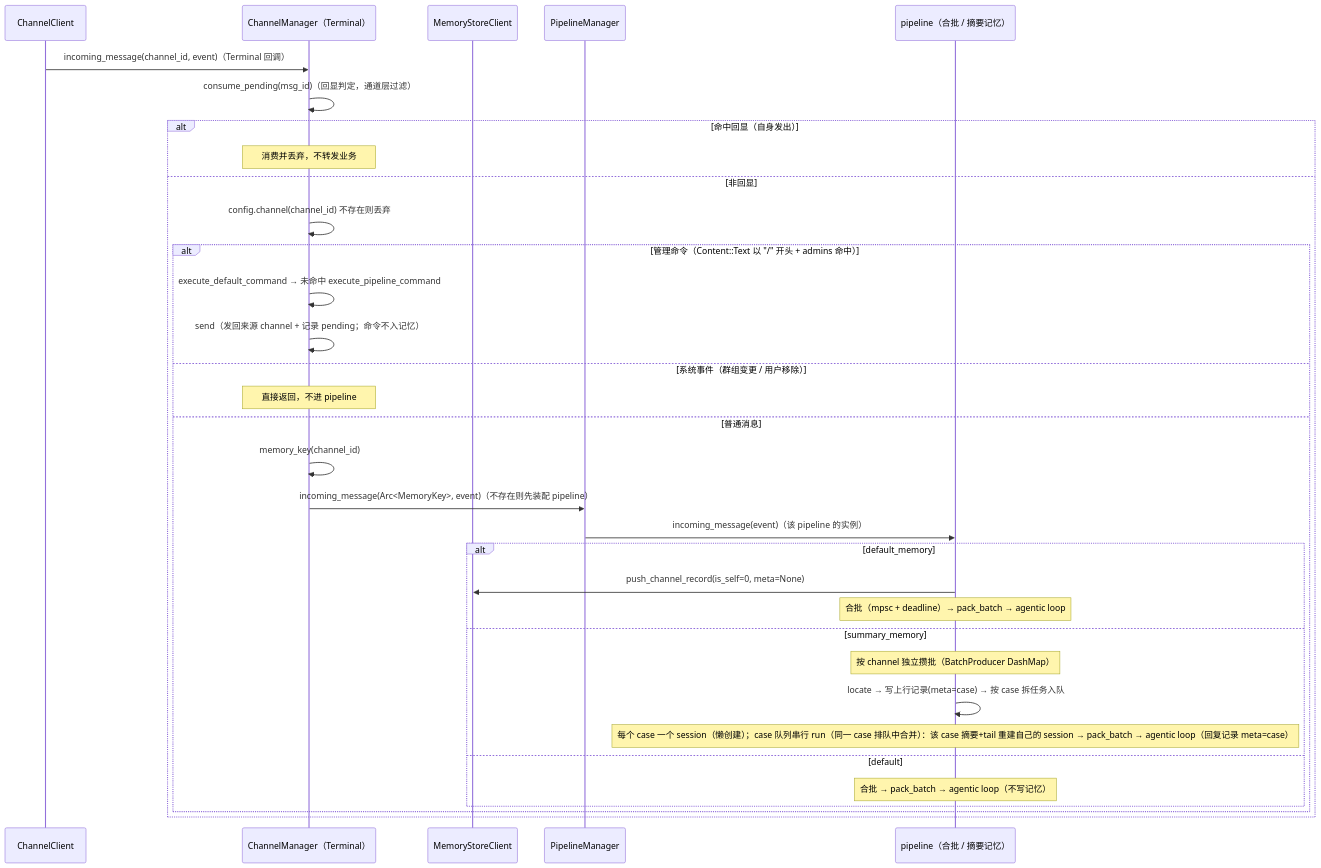
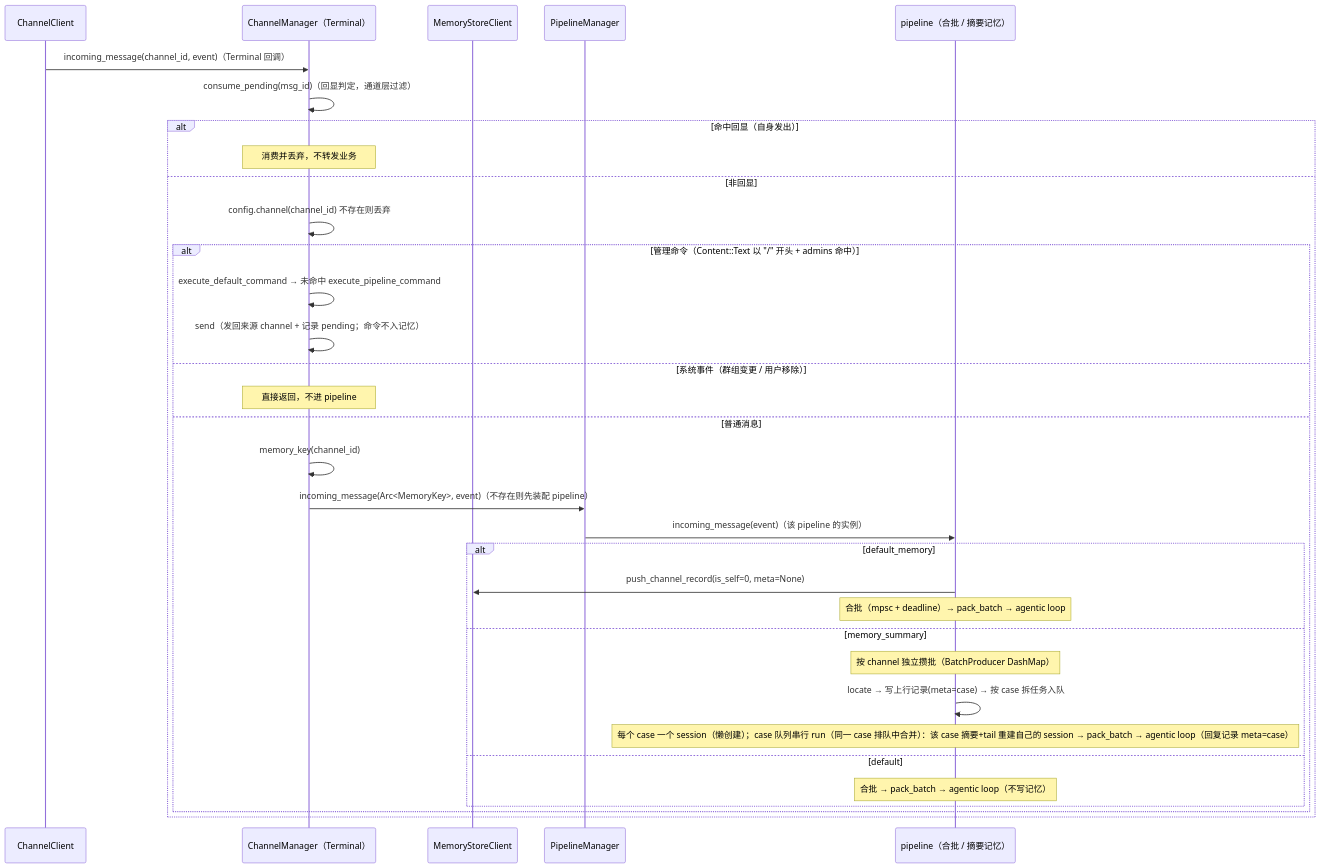
The third of 5 diagrams in docs/spec/agent-modules.md (coldcloude/kissbot), drawn with Mermaid before and after one commit. The commit also changed other lines of this file and 26 other files, not shown here.

First line of the commit message:
摘要记忆的对外命名统一为 memory_summary（模块内 case 摘要仍用 summary）

````diff
--- a/docs/spec/agent-modules.md
+++ b/docs/spec/agent-modules.md
@@ -132,36 +132,36 @@
 ```mermaid
 sequenceDiagram
     participant CC as ChannelClient
     participant CHM as ChannelManager（Terminal）
     participant MSC as MemoryStoreClient
     participant PLS as PipelineManager
     participant IP as pipeline（合批 / 摘要记忆）
 
     CC->>CHM: incoming_message(channel_id, event)（Terminal 回调）
     CHM->>CHM: consume_pending(msg_id)（回显判定，通道层过滤）
     alt 命中回显（自身发出）
         Note over CHM: 消费并丢弃，不转发业务
     else 非回显
         CHM->>CHM: config.channel(channel_id) 不存在则丢弃
         alt 管理命令（Content::Text 以 "/" 开头 + admins 命中）
             CHM->>CHM: execute_default_command → 未命中 execute_pipeline_command
             CHM->>CHM: send（发回来源 channel + 记录 pending；命令不入记忆）
         else 系统事件（群组变更 / 用户移除）
             Note over CHM: 直接返回，不进 pipeline
         else 普通消息
             CHM->>CHM: memory_key(channel_id)
             CHM->>PLS: incoming_message(Arc<MemoryKey>, event)（不存在则先装配 pipeline）
             PLS->>IP: incoming_message(event)（该 pipeline 的实例）
             alt default_memory
                 IP->>MSC: push_channel_record(is_self=0, meta=None)
                 Note over IP: 合批（mpsc + deadline）→ pack_batch → agentic loop
-            else summary_memory
+            else memory_summary
                 Note over IP: 按 channel 独立攒批（BatchProducer DashMap）
                 IP->>IP: locate → 写上行记录(meta=case) → 按 case 拆任务入队
                 Note over IP: 每个 case 一个 session（懒创建）；case 队列串行 run（同一 case 排队中合并）：该 case 摘要+tail 重建自己的 session → pack_batch → agentic loop（回复记录 meta=case）
             else default
                 Note over IP: 合批 → pack_batch → agentic loop（不写记忆）
             end
         end
     end
 ```
````
